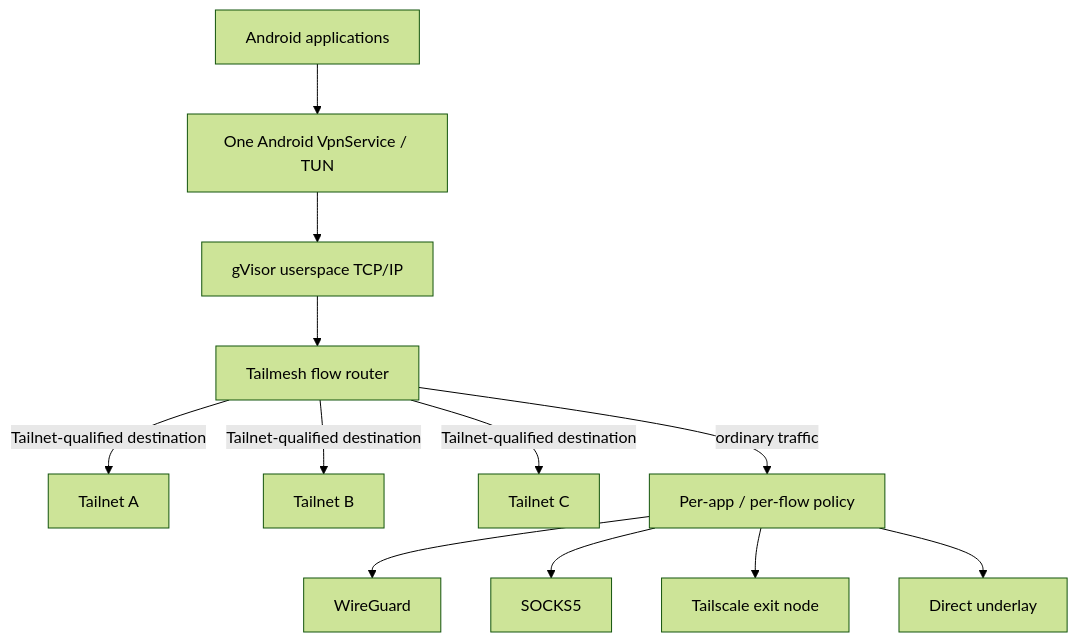
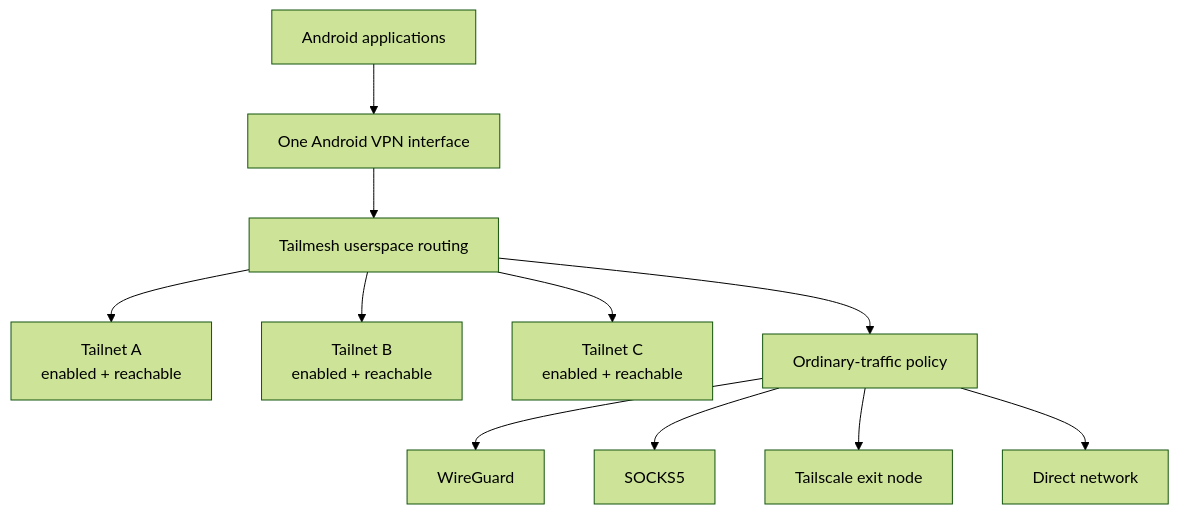
One commit to franticplant/tailmesh-android changed the first of 4 diagrams in README.md. Above: the diagram before and after it, drawn with Mermaid (forest theme). The commit also changed other lines of this file, not shown here.

Commit message:
docs: reframe README around Tailmesh network model

````diff
--- a/README.md
+++ b/README.md
@@ -18,29 +13,15 @@
 ```mermaid
 flowchart TB
-    APPS["Android applications"]
-    VPN["One Android VpnService / TUN"]
-    STACK["gVisor userspace TCP/IP"]
-    ROUTER["Tailmesh flow router"]
+    apps["Android applications"] --> vpn["One Android VPN interface"]
+    vpn --> router["Tailmesh userspace routing"]
 
-    TA["Tailnet A"]
-    TB["Tailnet B"]
-    TC["Tailnet C"]
+    router --> ta["Tailnet A<br/>enabled + reachable"]
+    router --> tb["Tailnet B<br/>enabled + reachable"]
+    router --> tc["Tailnet C<br/>enabled + reachable"]
 
-    POLICY["Per-app / per-flow policy"]
-    WG["WireGuard"]
-    SOCKS["SOCKS5"]
-    EXIT["Tailscale exit node"]
-    DIRECT["Direct underlay"]
-
-    APPS --> VPN --> STACK --> ROUTER
-
-    ROUTER -->|"Tailnet-qualified destination"| TA
-    ROUTER -->|"Tailnet-qualified destination"| TB
-    ROUTER -->|"Tailnet-qualified destination"| TC
-
-    ROUTER -->|"ordinary traffic"| POLICY
-    POLICY --> WG
-    POLICY --> SOCKS
-    POLICY --> EXIT
-    POLICY --> DIRECT
+    router --> policy["Ordinary-traffic policy"]
+    policy --> wg["WireGuard"]
+    policy --> socks["SOCKS5"]
+    policy --> exit["Tailscale exit node"]
+    policy --> direct["Direct network"]
 ```
````
